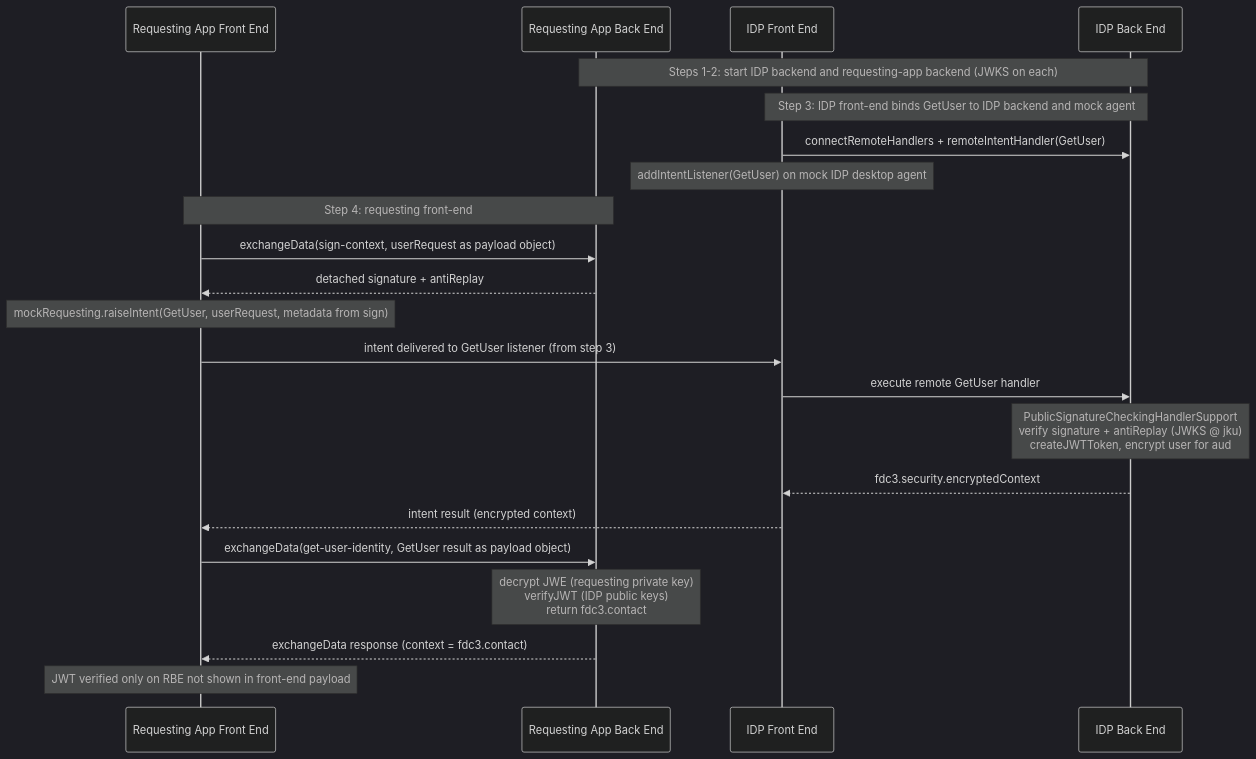
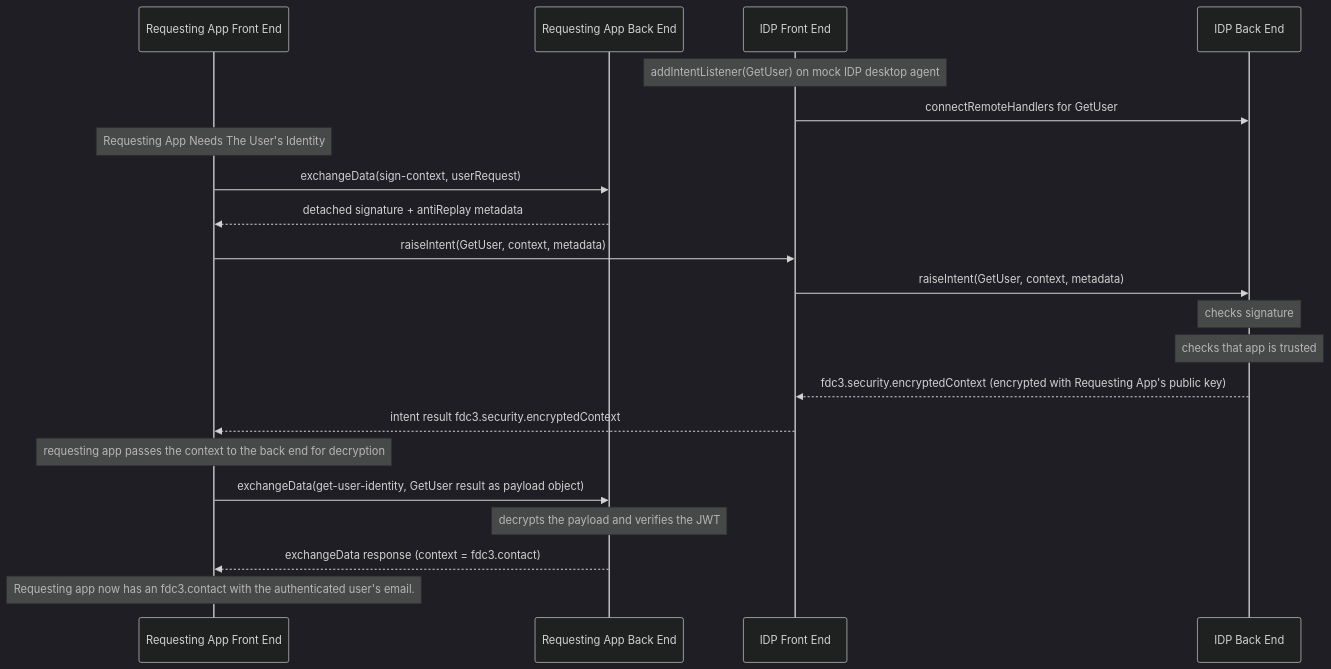
One commit to finos/FDC3 changed the fifth of 5 diagrams in packages/fdc3-security/samples/README.md. Above: the diagram before and after it, drawn with Mermaid (dark theme). The commit also changed other lines of this file, not shown here.

Commit message:
improved the diagram

````diff
--- a/packages/fdc3-security/samples/README.md
+++ b/packages/fdc3-security/samples/README.md
@@ -153,30 +153,28 @@
 ```mermaid
 sequenceDiagram
     participant RFE as Requesting App Front End
     participant RBE as Requesting App Back End
     participant IDPFE as IDP Front End
     participant IDPBE as IDP Back End
 
-    Note over IDPBE,RBE: Steps 1-2: start IDP backend and requesting-app backend (JWKS on each)
+    Note over IDPFE: addIntentListener(GetUser) on mock IDP desktop agent
+    IDPFE->>IDPBE: connectRemoteHandlers for GetUser
+    
+    Note over RFE: Requesting App Needs The User's Identity
+    RFE->>RBE: exchangeData(sign-context, userRequest)
+    RBE-->>RFE: detached signature + antiReplay metadata
 
-    Note over IDPFE,IDPBE: Step 3: IDP front-end binds GetUser to IDP backend and mock agent
-    IDPFE->>IDPBE: connectRemoteHandlers + remoteIntentHandler(GetUser)
-    Note over IDPFE: addIntentListener(GetUser) on mock IDP desktop agent
+    RFE->>IDPFE: raiseIntent(GetUser, context, metadata)
+    IDPFE->>IDPBE: raiseIntent(GetUser, context, metadata)
+    Note over IDPBE: checks signature
+    Note over IDPBE: checks that app is trusted
+    IDPBE-->>IDPFE: fdc3.security.encryptedContext (encrypted with Requesting App's public key)
+    IDPFE-->>RFE: intent result fdc3.security.encryptedContext
 
-    Note over RFE,RBE: Step 4: requesting front-end
-    RFE->>RBE: exchangeData(sign-context, userRequest as payload object)
-    RBE-->>RFE: detached signature + antiReplay
-
-    Note over RFE: mockRequesting.raiseIntent(GetUser, userRequest, metadata from sign)
-    RFE->>IDPFE: intent delivered to GetUser listener (from step 3)
-    IDPFE->>IDPBE: execute remote GetUser handler
-    Note over IDPBE: PublicSignatureCheckingHandlerSupport<br/>verify signature + antiReplay (JWKS @ jku)<br/>createJWTToken, encrypt user for aud
-    IDPBE-->>IDPFE: fdc3.security.encryptedContext
-    IDPFE-->>RFE: intent result (encrypted context)
-
+    Note over RFE: requesting app passes the context to the back end for decryption
     RFE->>RBE: exchangeData(get-user-identity, GetUser result as payload object)
-    Note over RBE: decrypt JWE (requesting private key)<br/>verifyJWT (IDP public keys)<br/>return fdc3.contact
+    Note over RBE: decrypts the payload and verifies the JWT
     RBE-->>RFE: exchangeData response (context = fdc3.contact)
 
-    Note over RFE: JWT verified only on RBE not shown in front-end payload
+    Note over RFE: Requesting app now has an fdc3.contact with the authenticated user's email.
 ```
````
